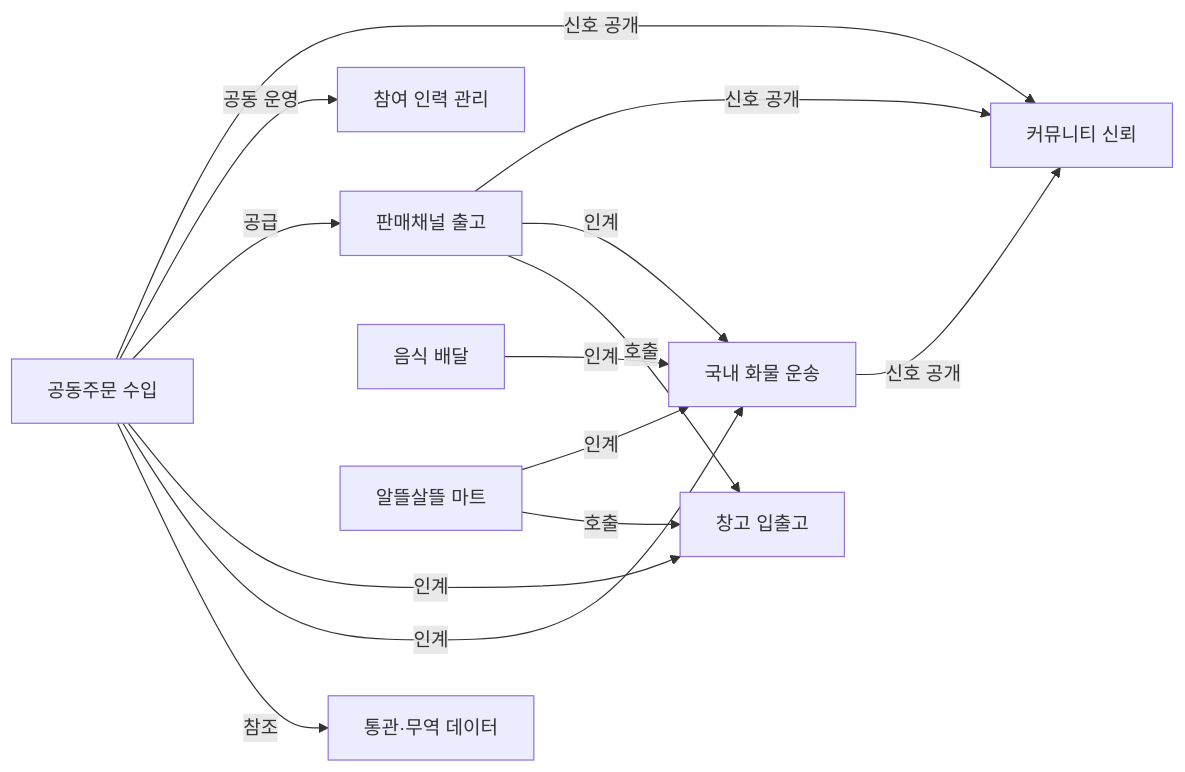
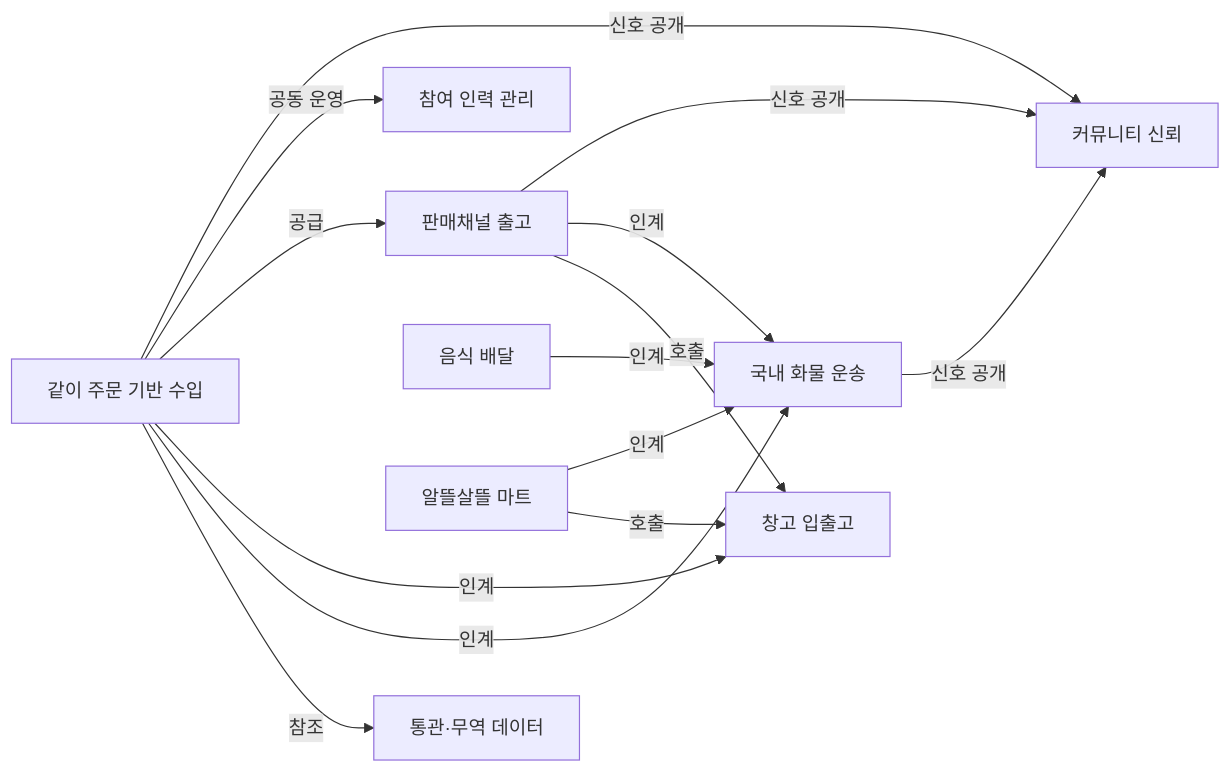
The diagram in docs/ProjectOverview/workflow-api-policy.md (cheolwo/hongdal), drawn with Mermaid before and after one commit. The commit also changed other lines of this file and 23 other files, not shown here.

````diff
--- a/docs/ProjectOverview/workflow-api-policy.md
+++ b/docs/ProjectOverview/workflow-api-policy.md
@@ -299,26 +299,26 @@
 ```mermaid
 flowchart LR
     Customs["통관·무역 데이터"]
-    GroupImport["공동주문 수입"]
+    GroupImport["같이 주문 기반 수입"]
     Domestic["국내 화물 운송"]
     Warehouse["창고 입출고"]
     Sales["판매채널 출고"]
     Hr["참여 인력 관리"]
     Food["음식 배달"]
     Mart["알뜰살뜰 마트"]
     Community["커뮤니티 신뢰"]
 
     GroupImport -->|참조| Customs
     GroupImport -->|인계| Domestic
     GroupImport -->|인계| Warehouse
     GroupImport -->|공급| Sales
     GroupImport -->|공동 운영| Hr
     Sales -->|호출| Warehouse
     Sales -->|인계| Domestic
     Mart -->|호출| Warehouse
     Mart -->|인계| Domestic
     Food -->|인계| Domestic
     Domestic -->|신호 공개| Community
     GroupImport -->|신호 공개| Community
     Sales -->|신호 공개| Community
 ```
````
